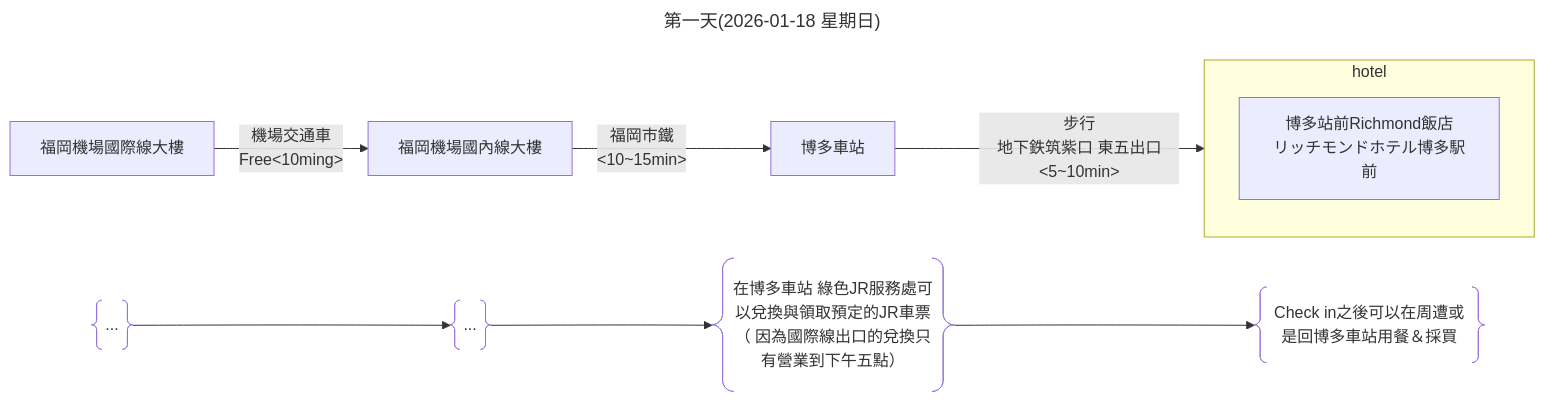
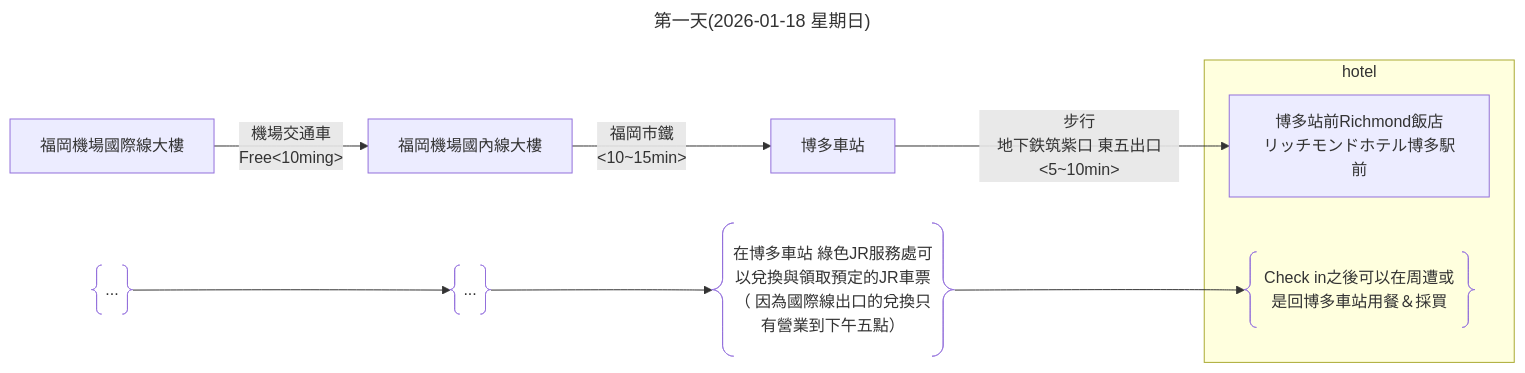
The diagram in 行程規劃.md (Shuming-Yang/2026-January-Trip), drawn with Mermaid before and after one commit.

````diff
--- a/行程規劃.md
+++ b/行程規劃.md
@@ -15,20 +15,20 @@
 ```mermaid
 ---
 title: 第一天(2026-01-18 星期日)
 ---
 flowchart LR
     subgraph hotel
         D[博多站前Richmond飯店<br>リッチモンドホテル博多駅前]
+        Z@{ shape: braces, label: "Check in之後可以在周遭或是回博多車站用餐＆採買" }
     end
     A[福岡機場國際線大樓] --> |機場交通車<br>Free<10ming>| B[福岡機場國內線大樓]
     B --> |福岡市鐵<br><10~15min>| C[博多車站]
-    C --> |步行<br>地下鉄筑紫口 東五出口<5~10min>| hotel
+    C --> |步行<br>地下鉄筑紫口 東五出口<5~10min>| D
 
     W@{ shape: braces, label: "..." }
     X@{ shape: braces, label: "..." }
     Y@{ shape: braces, label: "在博多車站 綠色JR服務處可以兌換與領取預定的JR車票（ 因為國際線出口的兌換只有營業到下午五點）" }
-    Z@{ shape: braces, label: "Check in之後可以在周遭或是回博多車站用餐＆採買" }
     W --> X
     X --> Y
     Y --> Z
 ```
````
